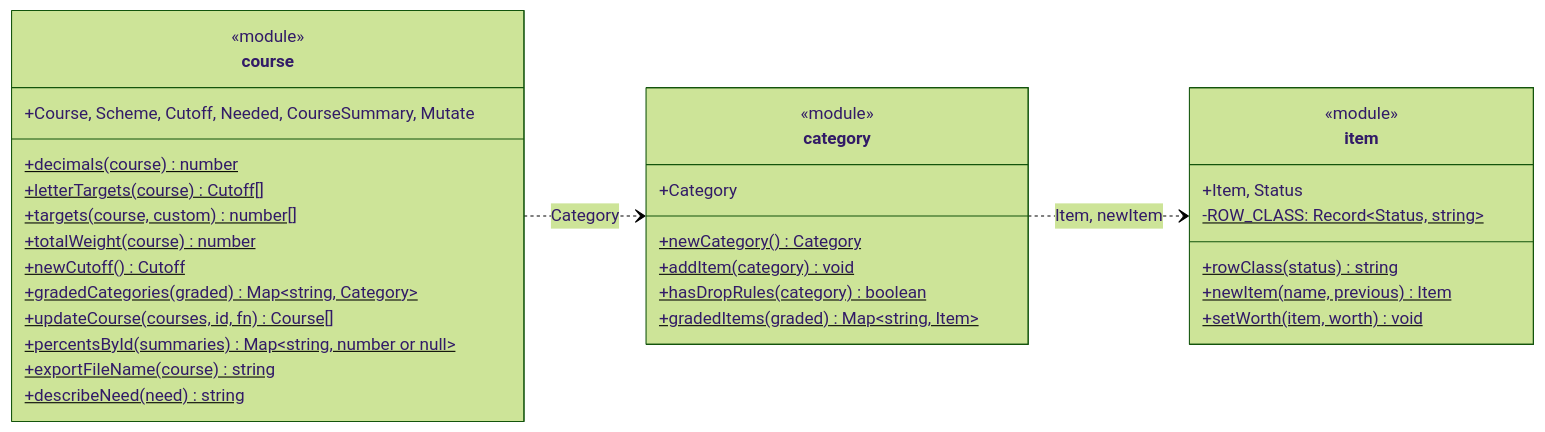
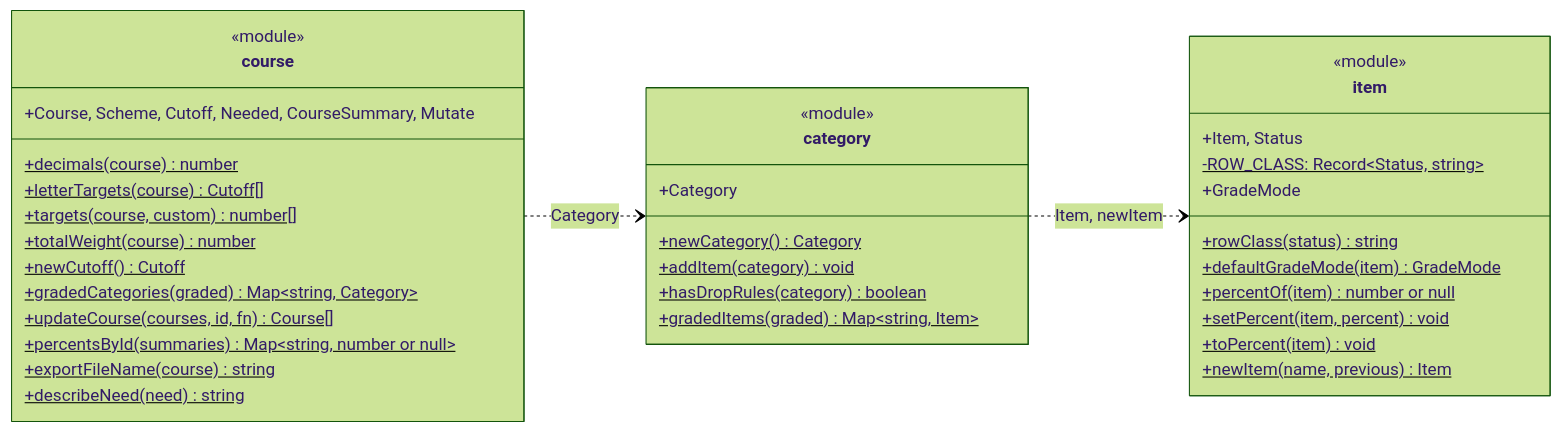
One commit to Patman1O1/grade-calculator changed the ninth of 9 diagrams in docs/uml.md. Above: the diagram before and after it, drawn with Mermaid (forest theme). The commit also changed other lines of this file and 20 other files, not shown here.

````diff
--- a/docs/uml.md
+++ b/docs/uml.md
@@ -413,36 +426,40 @@
 ```mermaid
 classDiagram
   direction LR
   class course {
     <<module>>
     +Course, Scheme, Cutoff, Needed, CourseSummary, Mutate
     +decimals(course)$ number
     +letterTargets(course)$ Cutoff[]
     +targets(course, custom)$ number[]
     +totalWeight(course)$ number
     +newCutoff()$ Cutoff
     +gradedCategories(graded)$ Map~string, Category~
     +updateCourse(courses, id, fn)$ Course[]
     +percentsById(summaries)$ Map~string, number or null~
     +exportFileName(course)$ string
     +describeNeed(need)$ string
   }
   class category {
     <<module>>
     +Category
     +newCategory()$ Category
     +addItem(category)$ void
     +hasDropRules(category)$ boolean
     +gradedItems(graded)$ Map~string, Item~
   }
   class item {
     <<module>>
     +Item, Status
     -ROW_CLASS: Record~Status, string~$
     +rowClass(status)$ string
+    +GradeMode
+    +defaultGradeMode(item)$ GradeMode
+    +percentOf(item)$ number or null
+    +setPercent(item, percent)$ void
+    +toPercent(item)$ void
     +newItem(name, previous)$ Item
-    +setWorth(item, worth)$ void
   }
   course ..> category : Category
   category ..> item : Item, newItem
 ```
````
